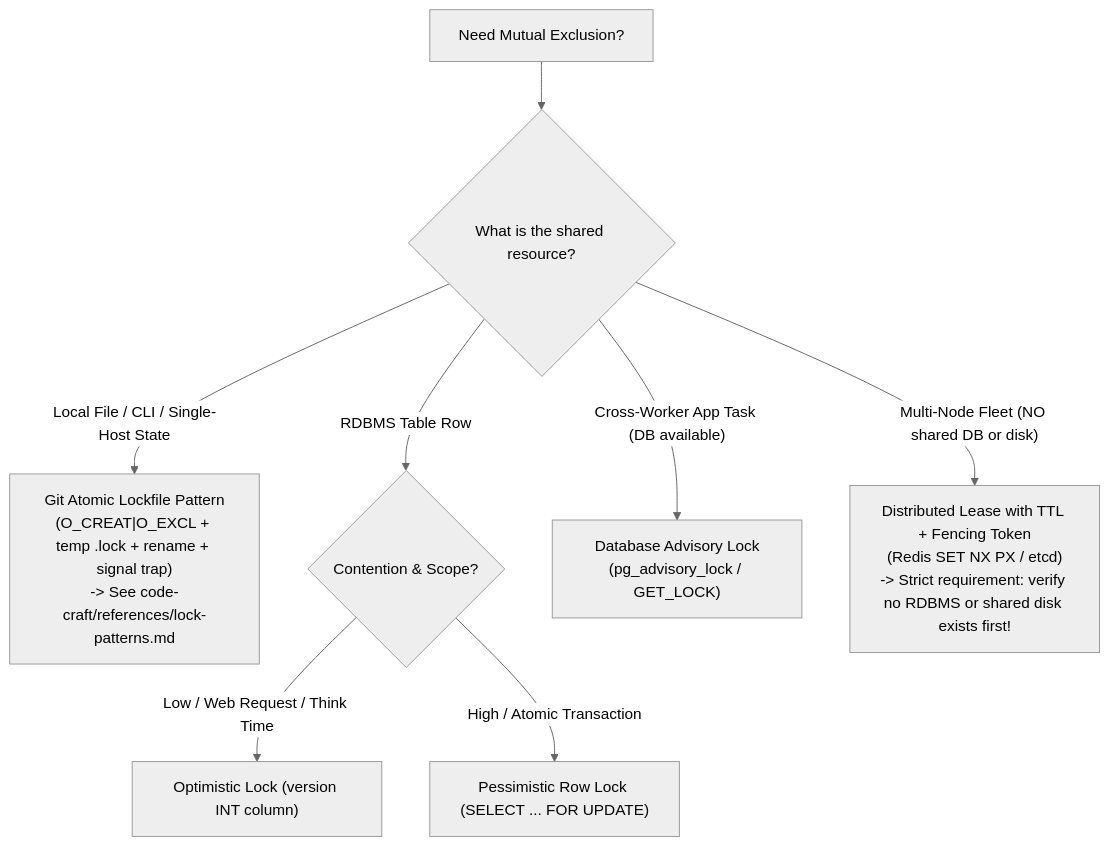
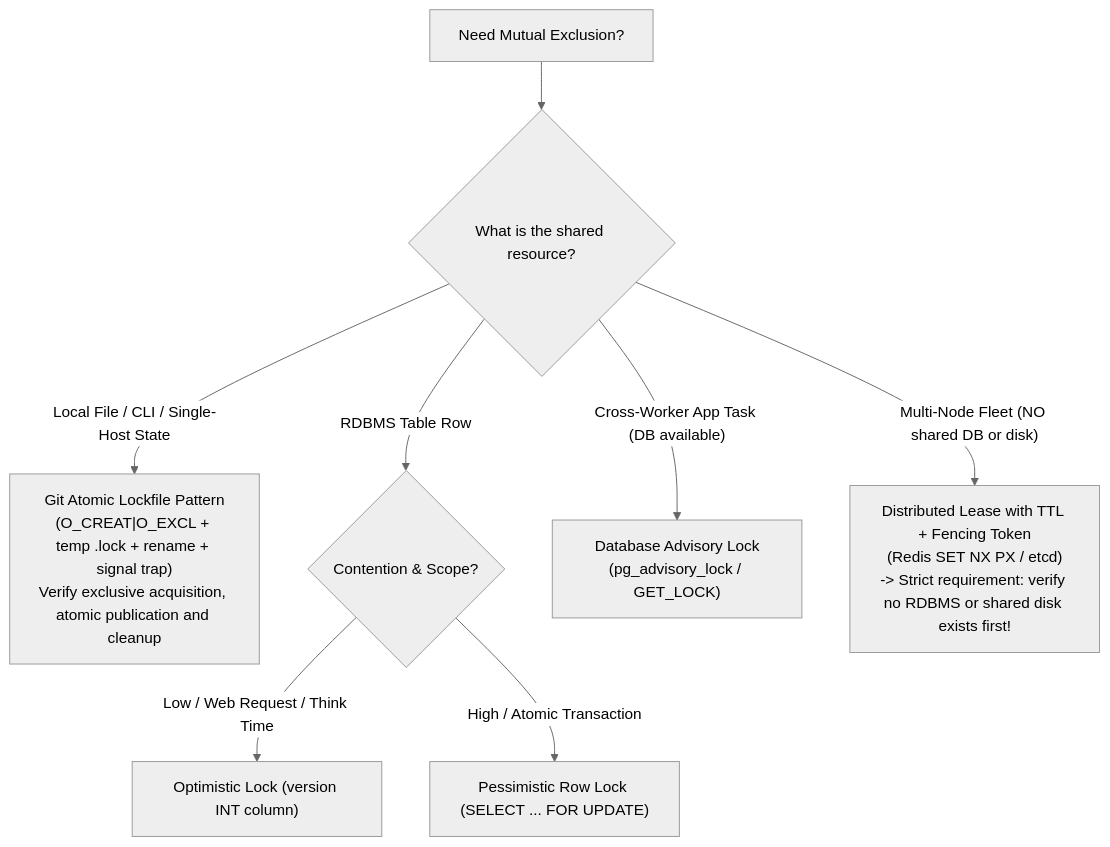
Before and after one commit to InNoobWeTrust/dotfiles: the diagram in .agents/skills/db-design/references/concurrency-locking.md, drawn with Mermaid (neutral theme). The commit also changed other lines of this file and 174 other files, not shown here.

````diff
--- a/.agents/skills/db-design/references/concurrency-locking.md
+++ b/.agents/skills/db-design/references/concurrency-locking.md
@@ -91,14 +91,14 @@
 ```mermaid
 flowchart TD
     Start["Need Mutual Exclusion?"] --> Scope{"What is the shared resource?"}
     
-    Scope -->|"Local File / CLI / Single-Host State"| GitLock["Git Atomic Lockfile Pattern\n(O_CREAT|O_EXCL + temp .lock + rename + signal trap)\n-> See code-craft/references/lock-patterns.md"]
+    Scope -->|"Local File / CLI / Single-Host State"| GitLock["Git Atomic Lockfile Pattern\n(O_CREAT|O_EXCL + temp .lock + rename + signal trap)\nVerify exclusive acquisition, atomic publication and cleanup"]
     
     Scope -->|"RDBMS Table Row"| Contention{"Contention & Scope?"}
     Contention -->|"Low / Web Request / Think Time"| Opt["Optimistic Lock (version INT column)"]
     Contention -->|"High / Atomic Transaction"| Pess["Pessimistic Row Lock (SELECT ... FOR UPDATE)"]
     
     Scope -->|"Cross-Worker App Task (DB available)"| Adv["Database Advisory Lock\n(pg_advisory_lock / GET_LOCK)"]
     
     Scope -->|"Multi-Node Fleet (NO shared DB or disk)"| Dist["Distributed Lease with TTL + Fencing Token\n(Redis SET NX PX / etcd)\n-> Strict requirement: verify no RDBMS or shared disk exists first!"]
 ```
````
